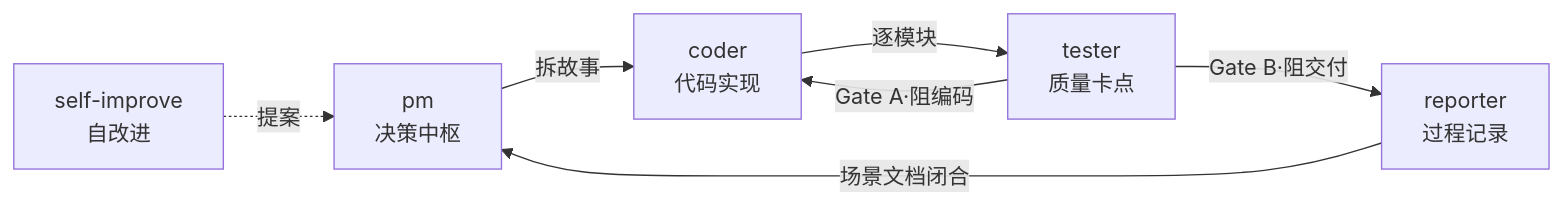
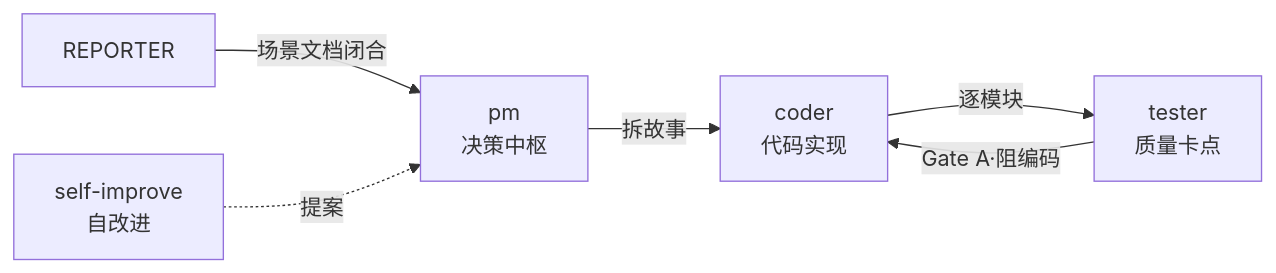
One commit to effiy/YrY changed the fourth of 4 diagrams in README.md. Above: the diagram before and after it, drawn with Mermaid. The commit also changed other lines of this file and 24 other files, not shown here.

````diff
--- a/README.md
+++ b/README.md
@@ -114,9 +112,8 @@
 ```mermaid
 flowchart LR
     PM[pm<br>决策中枢] -->|拆故事| CODER[coder<br>代码实现]
     CODER -->|逐模块| TESTER[tester<br>质量卡点]
     TESTER -->|Gate A·阻编码| CODER
-    TESTER -->|Gate B·阻交付| REPORTER[reporter<br>过程记录]
     REPORTER -->|场景文档闭合| PM
     SI[self-improve<br>自改进] -.提案.-> PM
 ```
````
